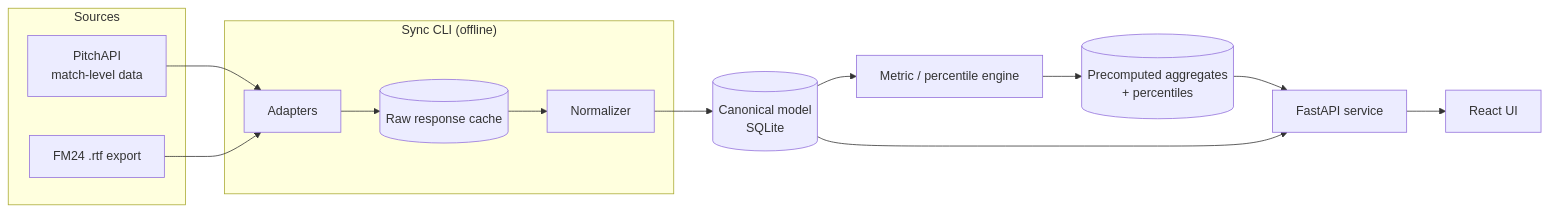
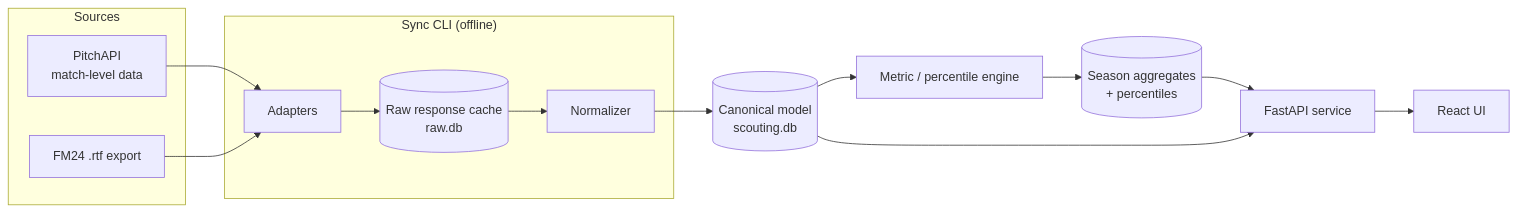
Before and after one commit to atleticomadrid07/FMscout: the diagram in README.md, drawn with Mermaid. The commit also changed other lines of this file and 27 other files, not shown here.

````diff
--- a/README.md
+++ b/README.md
@@ -48,19 +54,19 @@
 ```mermaid
 flowchart LR
     subgraph Sources
         P[PitchAPI<br/>match-level data]
         F[FM24 .rtf export]
     end
     subgraph Sync["Sync CLI (offline)"]
-        A[Adapters] --> RC[(Raw response cache)]
+        A[Adapters] --> RC[(Raw response cache<br/>raw.db)]
         RC --> N[Normalizer]
     end
     P --> A
     F --> A
-    N --> DB[(Canonical model<br/>SQLite)]
+    N --> DB[(Canonical model<br/>scouting.db)]
     DB --> E[Metric / percentile engine]
-    E --> AGG[(Precomputed aggregates<br/>+ percentiles)]
+    E --> AGG[(Season aggregates<br/>+ percentiles)]
     AGG --> API[FastAPI service]
     DB --> API
     API --> UI[React UI]
 ```
````
